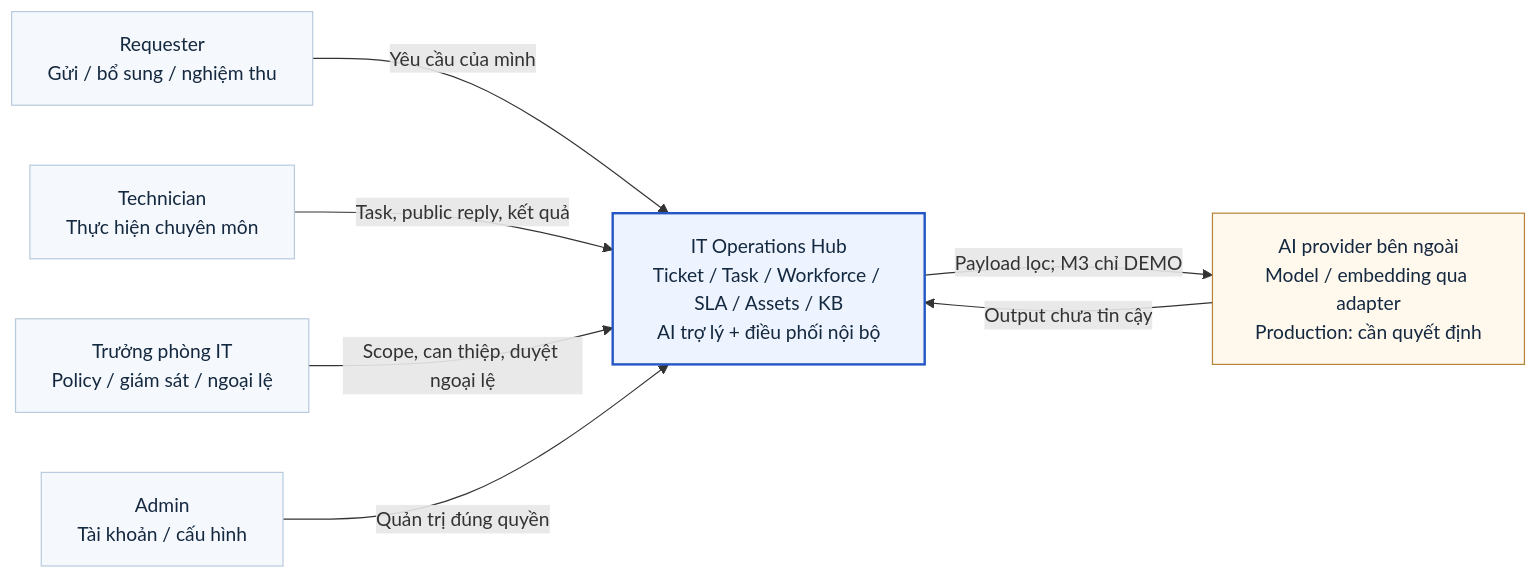
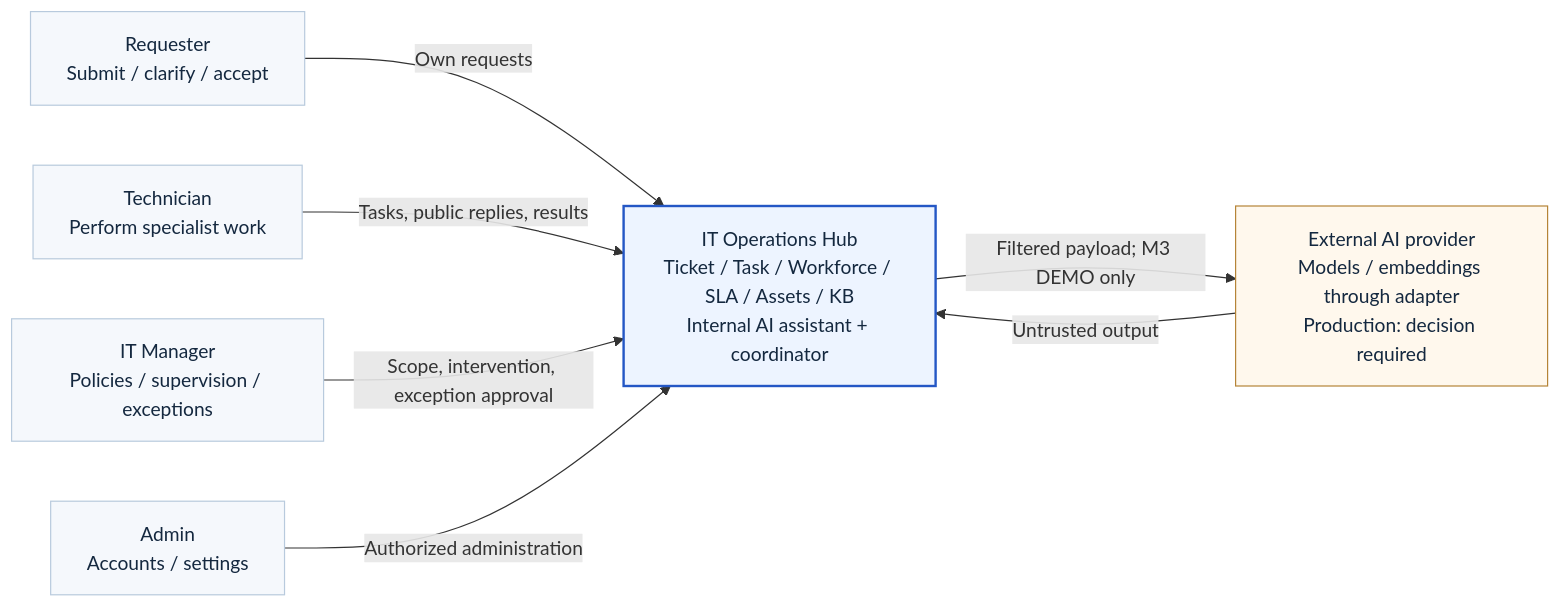
One commit to congminh1705/IT-Operation-Hub changed the first of 5 diagrams in docs/diagrams/architecture.md. Above: the diagram before and after it, drawn with Mermaid. The commit also changed other lines of this file and 70 other files, not shown here.

Commit message:
docs(diagrams): synchronize English SVG and native XMind designs

````diff
--- a/docs/diagrams/architecture.md
+++ b/docs/diagrams/architecture.md
@@ -30,21 +30,21 @@
 ```mermaid
 flowchart LR
-    R["Requester<br/>Gửi / bổ sung / nghiệm thu"]
-    T["Technician<br/>Thực hiện chuyên môn"]
-    M["Trưởng phòng IT<br/>Policy / giám sát / ngoại lệ"]
-    A["Admin<br/>Tài khoản / cấu hình"]
-    H["IT Operations Hub<br/>Ticket / Task / Workforce / SLA / Assets / KB<br/>AI trợ lý + điều phối nội bộ"]
-    P["AI provider bên ngoài<br/>Model / embedding qua adapter<br/>Production: cần quyết định"]
-    R -->|"Yêu cầu của mình"| H
-    T -->|"Task, public reply, kết quả"| H
-    M -->|"Scope, can thiệp, duyệt ngoại lệ"| H
-    A -->|"Quản trị đúng quyền"| H
-    H -->|"Payload lọc; M3 chỉ DEMO"| P
-    P -->|"Output chưa tin cậy"| H
+    R["Requester<br/>Submit / clarify / accept"]
+    T["Technician<br/>Perform specialist work"]
+    M["IT Manager<br/>Policies / supervision / exceptions"]
+    A["Admin<br/>Accounts / settings"]
+    H["IT Operations Hub<br/>Ticket / Task / Workforce / SLA / Assets / KB<br/>Internal AI assistant + coordinator"]
+    P["External AI provider<br/>Models / embeddings through adapter<br/>Production: decision required"]
+    R -->|"Own requests"| H
+    T -->|"Tasks, public replies, results"| H
+    M -->|"Scope, intervention, exception approval"| H
+    A -->|"Authorized administration"| H
+    H -->|"Filtered payload; M3 DEMO only"| P
+    P -->|"Untrusted output"| H
     classDef human fill:#F5F8FC,stroke:#B8CADD,color:#14283F
     classDef system fill:#EDF4FF,stroke:#2457C5,color:#14283F,stroke-width:2px
     classDef external fill:#FFF8ED,stroke:#B58437,color:#14283F
     class R,T,M,A human
     class H system
     class P external
 ```
````
